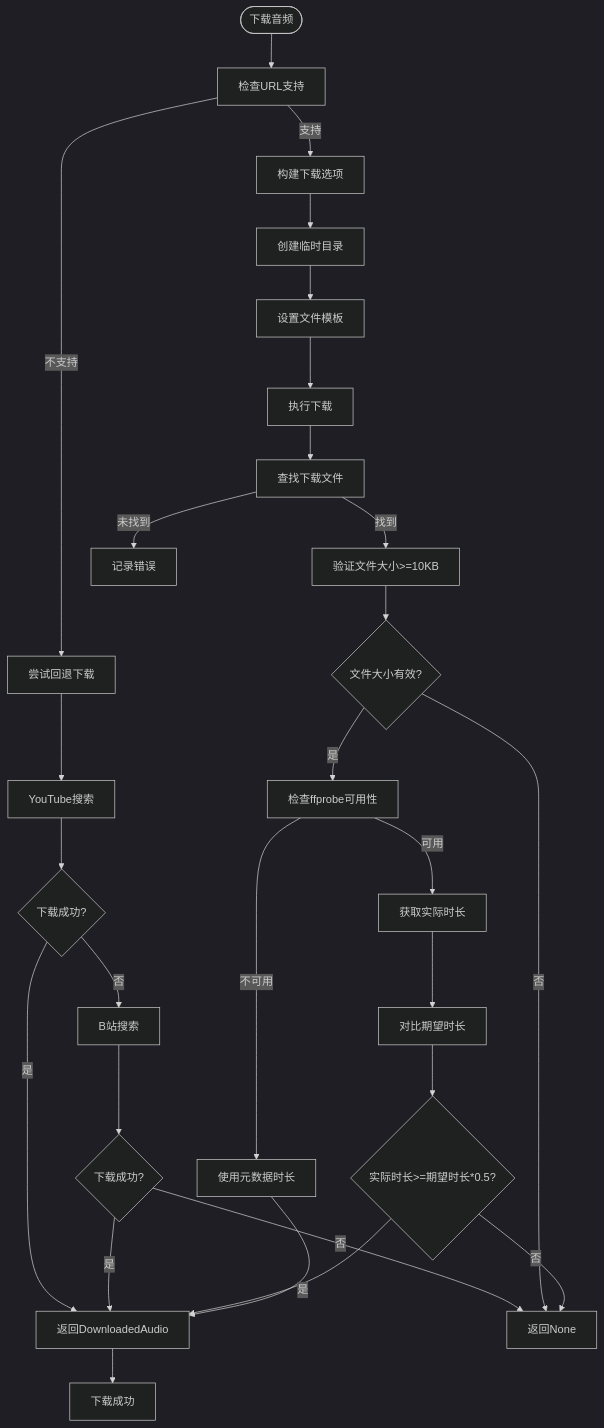
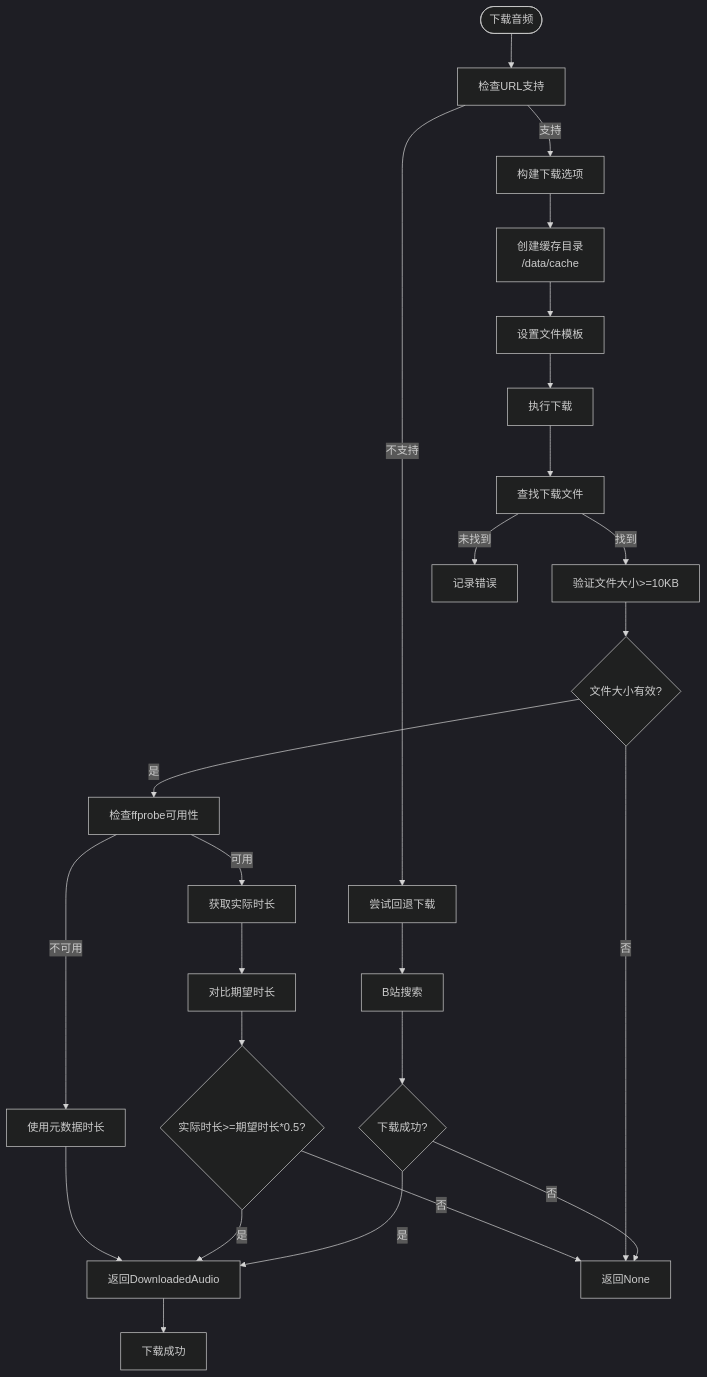
Before and after one commit to GhoulOwl/Teamspeak3_Bot: diagram 13 of 14 in .qoder/repowiki/zh/content/音乐播放系统/音乐播放系统.md, drawn with Mermaid (dark theme). The commit also changed other lines of this file and 7 other files, not shown here.

````diff
--- a/.qoder/repowiki/zh/content/音乐播放系统/音乐播放系统.md
+++ b/.qoder/repowiki/zh/content/音乐播放系统/音乐播放系统.md
@@ -660,30 +695,27 @@
 ```mermaid
 flowchart TD
 Start(["下载音频"]) --> CheckURL["检查URL支持"]
 CheckURL --> |支持| BuildOpts["构建下载选项"]
 CheckURL --> |不支持| TryFallback["尝试回退下载"]
-TryFallback --> YouTube["YouTube搜索"]
-YouTube --> CheckYT{"下载成功?"}
-CheckYT --> |是| Return["返回DownloadedAudio"]
-CheckYT --> |否| Bilibili["B站搜索"]
+TryFallback --> Bilibili["B站搜索"]
 Bilibili --> CheckBL{"下载成功?"}
-CheckBL --> |是| Return
+CheckBL --> |是| Return["返回DownloadedAudio"]
 CheckBL --> |否| Fail["返回None"]
-BuildOpts --> CreateDir["创建临时目录"]
+BuildOpts --> CreateDir["创建缓存目录<br/>/data/cache"]
 CreateDir --> SetTemplate["设置文件模板"]
 SetTemplate --> Download["执行下载"]
 Download --> FindFile["查找下载文件"]
 FindFile --> |找到| ValidateSize["验证文件大小>=10KB"]
 FindFile --> |未找到| Error["记录错误"]
 ValidateSize --> SizeOK{"文件大小有效?"}
 SizeOK --> |否| Fail
 SizeOK --> |是| CheckFFprobe["检查ffprobe可用性"]
 CheckFFprobe --> |可用| GetDuration["获取实际时长"]
 CheckFFprobe --> |不可用| UseMeta["使用元数据时长"]
 GetDuration --> CompareDuration["对比期望时长"]
 CompareDuration --> Valid{"实际时长>=期望时长*0.5?"}
 Valid --> |是| Return["返回DownloadedAudio"]
 Valid --> |否| Fail
 UseMeta --> Return
 Return --> Success["下载成功"]
 ```
````
